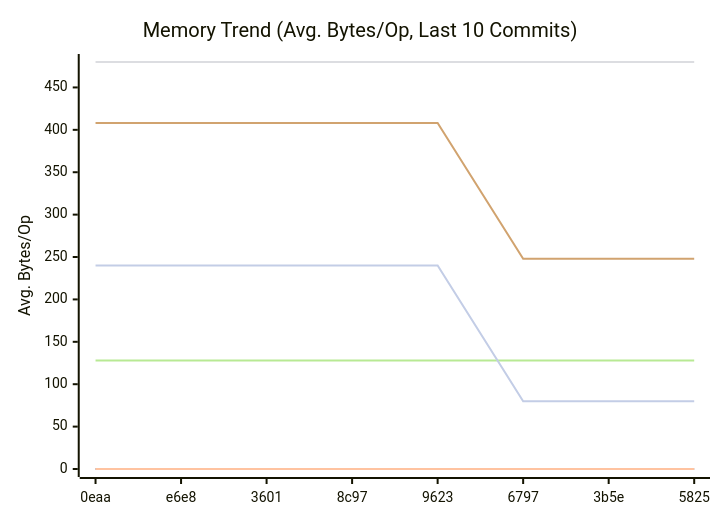
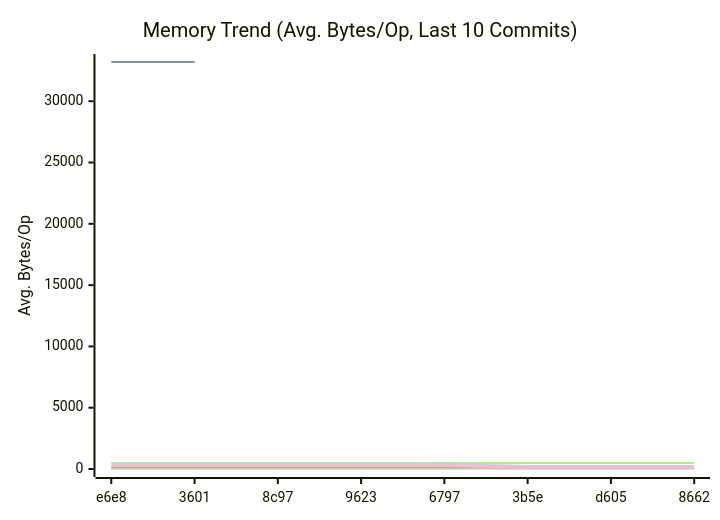
The second of 3 diagrams in docs/README.md (alsotoes/momo), drawn with Mermaid before and after one commit. The commit also changed other lines of this file and 9 other files, not shown here.

````diff
--- a/docs/README.md
+++ b/docs/README.md
@@ -324,14 +323,15 @@
 ```mermaid
 xychart-beta
     title "Memory Trend (Avg. Bytes/Op, Last 10 Commits)"
     x-axis "Commit"
     y-axis "Avg. Bytes/Op"
-    x-axis [0eaa,e6e8,3601,8c97,9623,6797,3b5e,5825]
+    x-axis [e6e8,3601,8c97,9623,6797,3b5e,d605,8662]
     line "CheckMetricsAndSwap" [0,0,0,0,0,0,0,0,0,0]
+    line "HashFile" [33197,33200]
     line "IndexDirectTracking" [0,0,0,0,0,0,0,0,0,0]
     line "IndexSearch" [0,0,0,0,0,0,0,0,0,0]
     line "LoadGlobalConfig" [480,480,480,480,480,480,480,480,480,480]
     line "PadString" [128,128,128,128,128,128,128,128,128,128]
     line "ParseReplicationOrder_NoPrealloc" [408,408,408,408,408,248,248,248,248,248]
     line "ParseReplicationOrder_Prealloc" [240,240,240,240,240,80,80,80,80,80]
 ```
````
